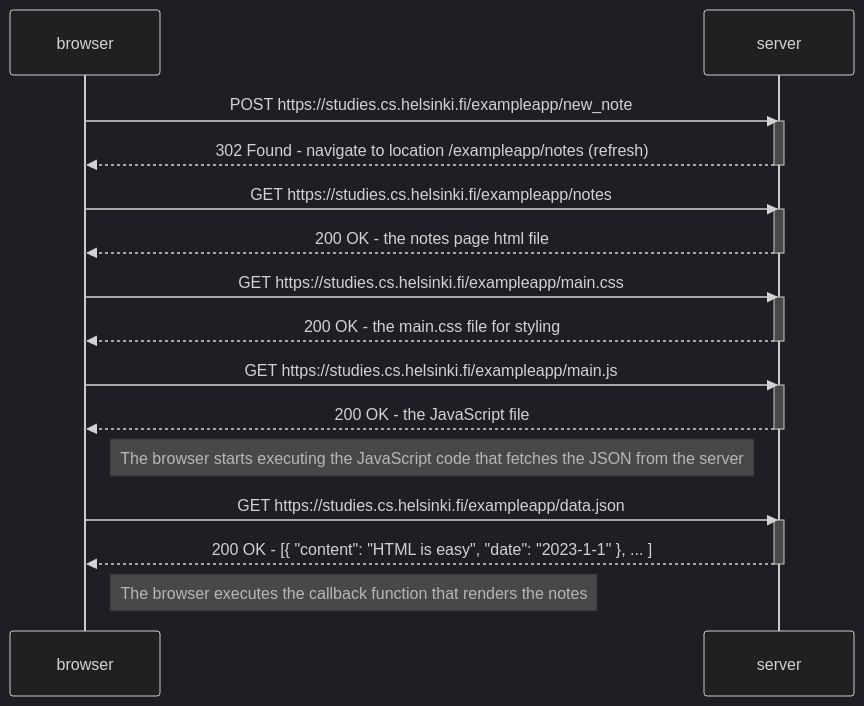
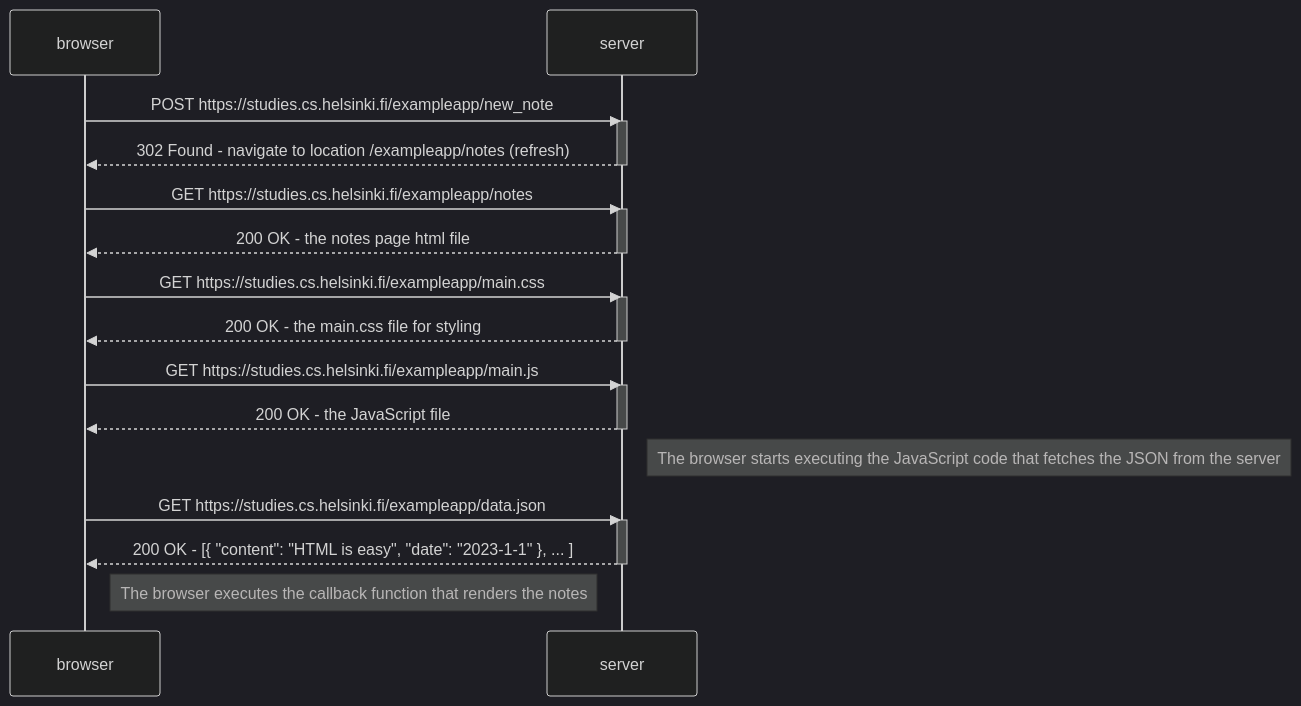
The diagram in Part0/04.md (philipmuller/fullstackopen), drawn with Mermaid (dark theme) before and after one commit.

Commit message:
Update 04.md
test

````diff
--- a/Part0/04.md
+++ b/Part0/04.md
@@ -3,34 +3,34 @@
 ```mermaid
 sequenceDiagram
     participant browser
     participant server
 
     browser->>server: POST https://studies.cs.helsinki.fi/exampleapp/new_note
     activate server
     server-->>browser: 302 Found - navigate to location /exampleapp/notes (refresh)
     deactivate server
 
     browser->>server: GET https://studies.cs.helsinki.fi/exampleapp/notes
     activate server
     server-->>browser: 200 OK - the notes page html file
     deactivate server
 
     browser->>server: GET https://studies.cs.helsinki.fi/exampleapp/main.css
     activate server
     server-->>browser: 200 OK - the main.css file for styling
     deactivate server
 
     browser->>server: GET https://studies.cs.helsinki.fi/exampleapp/main.js
     activate server
     server-->>browser: 200 OK - the JavaScript file
     deactivate server
 
-    Note right of browser: The browser starts executing the JavaScript code that fetches the JSON from the server
+    Note right of server: The browser starts executing the JavaScript code that fetches the JSON from the server
 
     browser->>server: GET https://studies.cs.helsinki.fi/exampleapp/data.json
     activate server
     server-->>browser: 200 OK - [{ "content": "HTML is easy", "date": "2023-1-1" }, ... ]
     deactivate server
 
     Note right of browser: The browser executes the callback function that renders the notes
 ```
````
